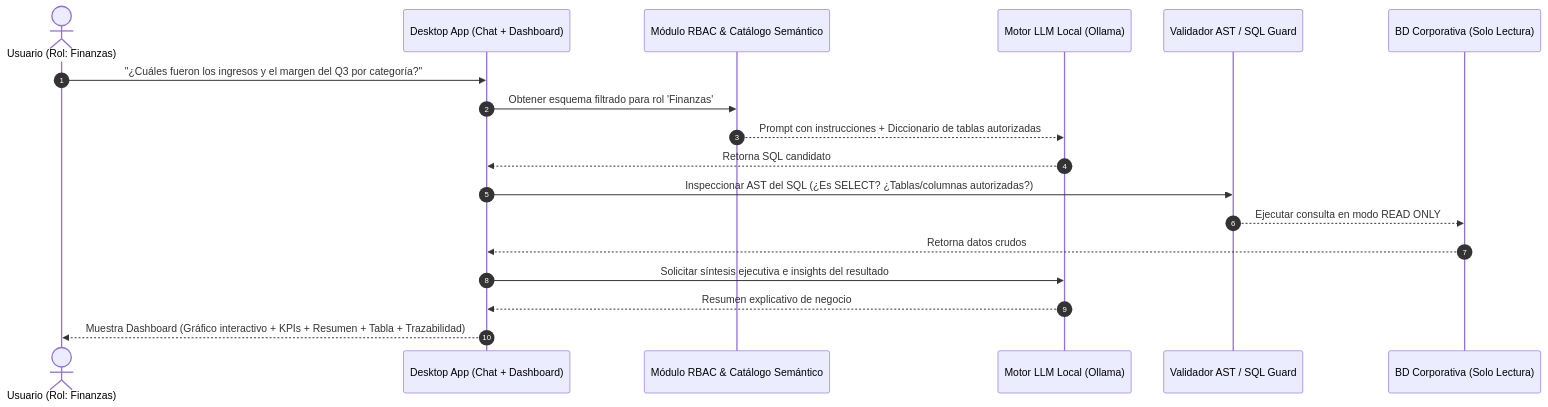
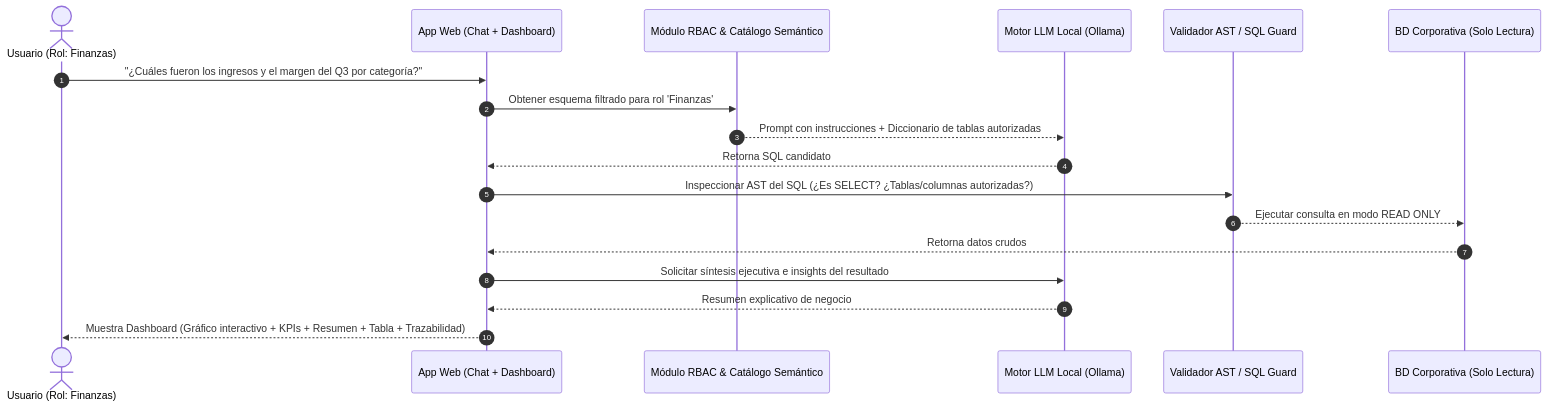
Before and after one commit to JuUrrutia/Dat.ia: the first of 2 diagrams in DOCS/01_VISION_Y_ALCANCE.md, drawn with Mermaid. The commit also changed other lines of this file and 11 other files, not shown here.

````diff
--- a/DOCS/01_VISION_Y_ALCANCE.md
+++ b/DOCS/01_VISION_Y_ALCANCE.md
@@ -75,21 +77,21 @@
 ```mermaid
 sequenceDiagram
     autonumber
     actor U as Usuario (Rol: Finanzas)
-    participant UI as Desktop App (Chat + Dashboard)
+    participant UI as App Web (Chat + Dashboard)
     participant RBAC as Módulo RBAC & Catálogo Semántico
     participant LLM as Motor LLM Local (Ollama)
     participant Sec as Validador AST / SQL Guard
     participant DB as BD Corporativa (Solo Lectura)
 
     U->>UI: "¿Cuáles fueron los ingresos y el margen del Q3 por categoría?"
     UI->>RBAC: Obtener esquema filtrado para rol 'Finanzas'
     RBAC-->>LLM: Prompt con instrucciones + Diccionario de tablas autorizadas
     LLM-->>UI: Retorna SQL candidato
     UI->>Sec: Inspeccionar AST del SQL (¿Es SELECT? ¿Tablas/columnas autorizadas?)
     Sec-->>DB: Ejecutar consulta en modo READ ONLY
     DB-->>UI: Retorna datos crudos
     UI->>LLM: Solicitar síntesis ejecutiva e insights del resultado
     LLM-->>UI: Resumen explicativo de negocio
     UI-->>U: Muestra Dashboard (Gráfico interactivo + KPIs + Resumen + Tabla + Trazabilidad)
 ```
````
